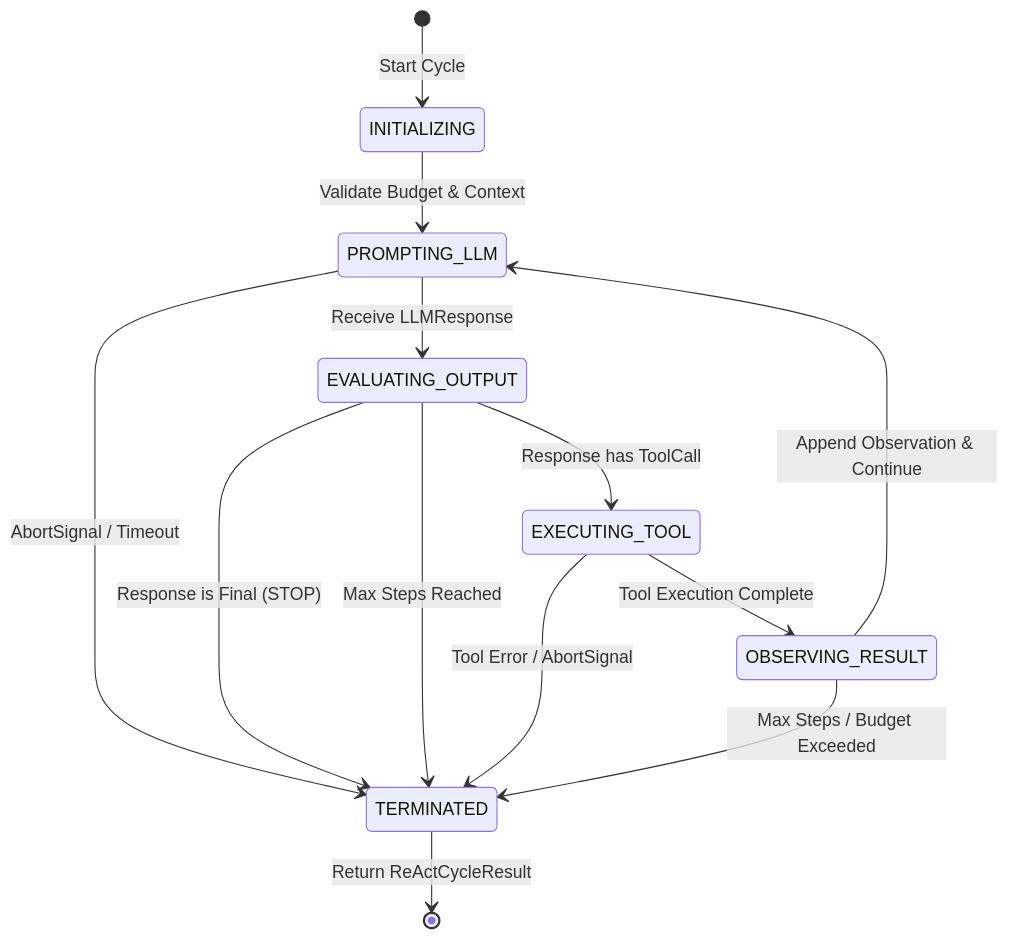
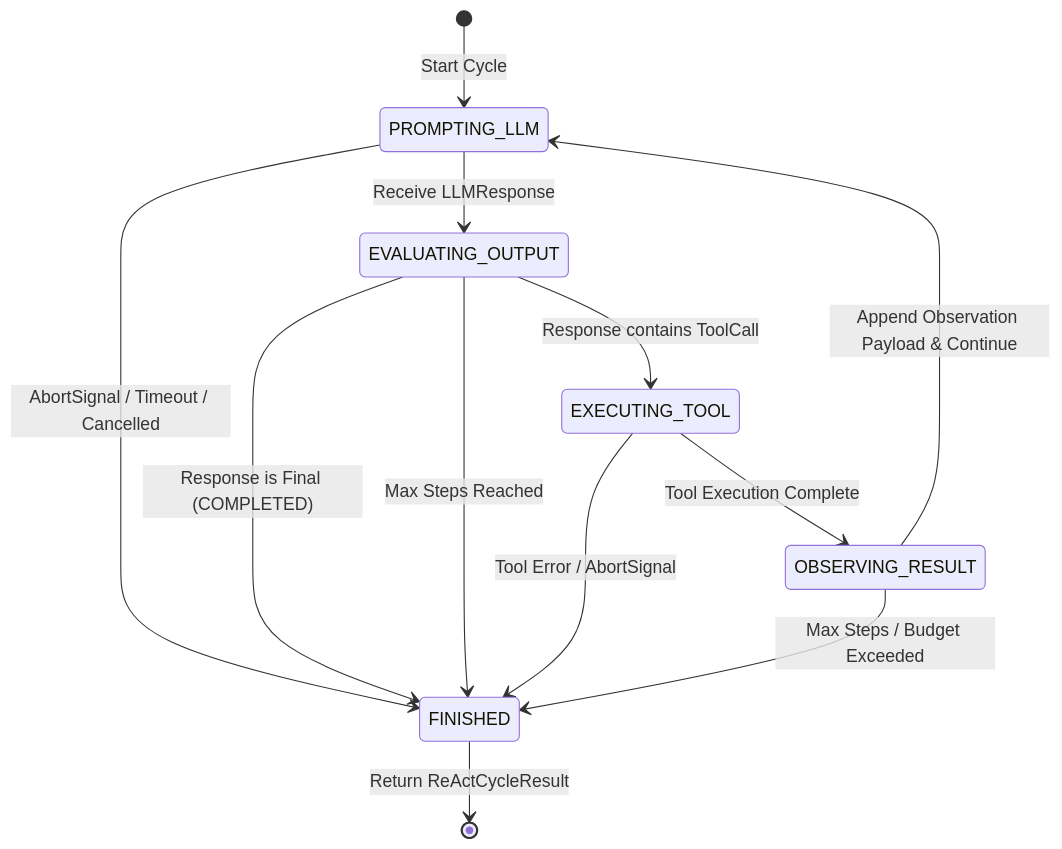
The first of 2 diagrams in .ai/handbook/adr/ADR-019-deterministic-react-reasoning-state-machine.md (tozbalkan/likitchen), drawn with Mermaid before and after one commit. The commit also changed other lines of this file and 1 other file, not shown here.

Commit message:
docs(adr): accept ADR-019 with ReasoningAction hierarchy, ObservationPayload VO, and constructor-injected budget policy

````diff
--- a/.ai/handbook/adr/ADR-019-deterministic-react-reasoning-state-machine.md
+++ b/.ai/handbook/adr/ADR-019-deterministic-react-reasoning-state-machine.md
@@ -46,20 +46,18 @@
 ```mermaid
 stateDiagram-v2
-    [*] --> INITIALIZING: Start Cycle
-    INITIALIZING --> PROMPTING_LLM: Validate Budget & Context
+    [*] --> PROMPTING_LLM: Start Cycle
+    PROMPTING_LLM --> EVALUATING_OUTPUT: Receive LLMResponse
+    PROMPTING_LLM --> FINISHED: AbortSignal / Timeout / Cancelled
 
-    PROMPTING_LLM --> EVALUATING_OUTPUT: Receive LLMResponse
-    PROMPTING_LLM --> TERMINATED: AbortSignal / Timeout
-
-    EVALUATING_OUTPUT --> EXECUTING_TOOL: Response has ToolCall
-    EVALUATING_OUTPUT --> TERMINATED: Response is Final (STOP)
-    EVALUATING_OUTPUT --> TERMINATED: Max Steps Reached
+    EVALUATING_OUTPUT --> EXECUTING_TOOL: Response contains ToolCall
+    EVALUATING_OUTPUT --> FINISHED: Response is Final (COMPLETED)
+    EVALUATING_OUTPUT --> FINISHED: Max Steps Reached
 
     EXECUTING_TOOL --> OBSERVING_RESULT: Tool Execution Complete
-    EXECUTING_TOOL --> TERMINATED: Tool Error / AbortSignal
+    EXECUTING_TOOL --> FINISHED: Tool Error / AbortSignal
 
-    OBSERVING_RESULT --> PROMPTING_LLM: Append Observation & Continue
-    OBSERVING_RESULT --> TERMINATED: Max Steps / Budget Exceeded
+    OBSERVING_RESULT --> PROMPTING_LLM: Append Observation Payload & Continue
+    OBSERVING_RESULT --> FINISHED: Max Steps / Budget Exceeded
 
-    TERMINATED --> [*]: Return ReActCycleResult
+    FINISHED --> [*]: Return ReActCycleResult
 ```
````
